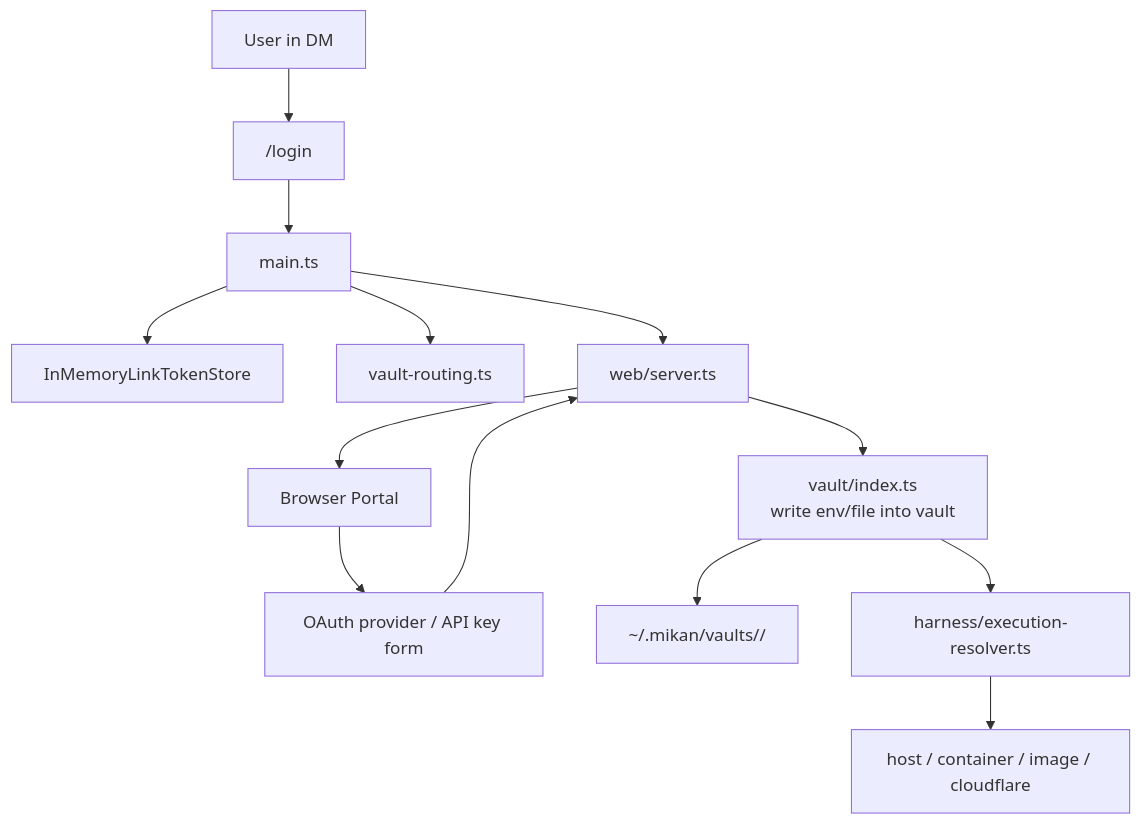
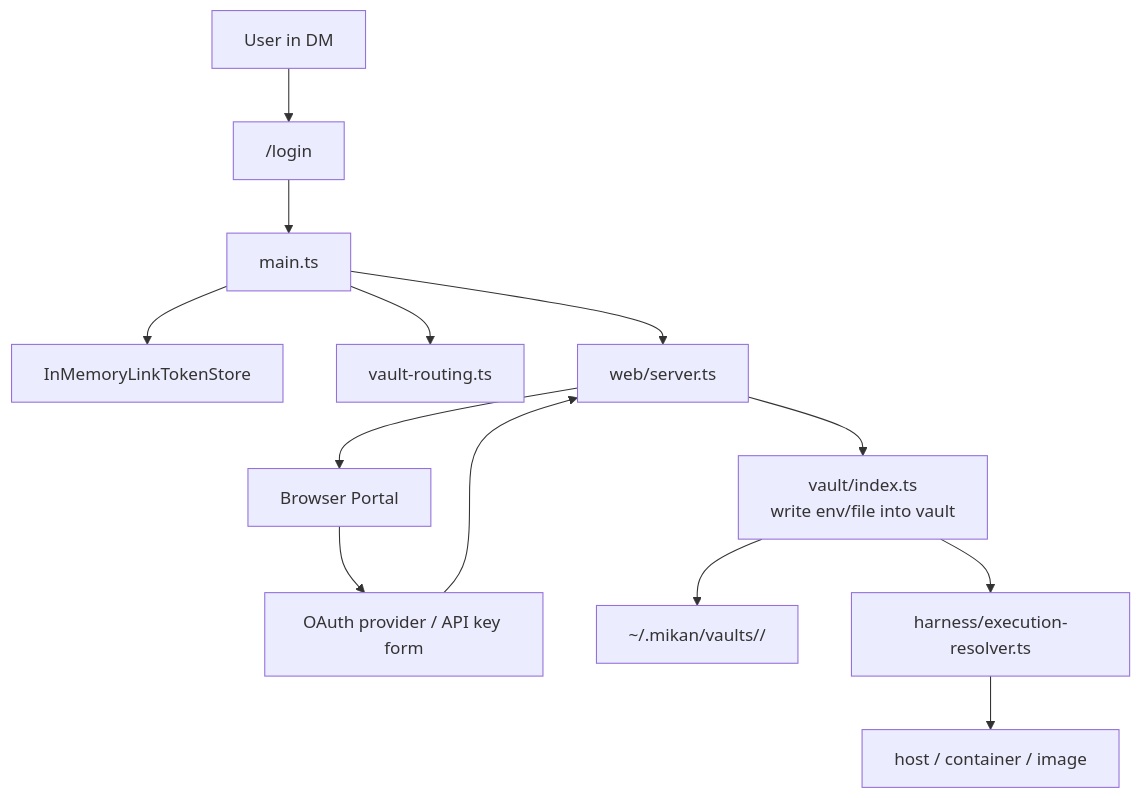
One commit to geminixiang/mikan changed the second of 2 diagrams in src/content/docs/architecture.md. Above: the diagram before and after it, drawn with Mermaid. The commit also changed other lines of this file and 69 other files, not shown here.

First line of the commit message:
feat(sandbox)!: remove the experimental Cloudflare sandbox

````diff
--- a/src/content/docs/architecture.md
+++ b/src/content/docs/architecture.md
@@ -212,15 +212,15 @@
 ```mermaid
 flowchart TD
   User["User in DM"] --> LoginCmd["/login"]
   LoginCmd --> Main["main.ts"]
   Main --> LinkToken["InMemoryLinkTokenStore"]
   Main --> VaultRouting["vault-routing.ts"]
   Main --> WebServer["web/server.ts"]
   WebServer --> Browser["Browser Portal"]
   Browser --> OAuth["OAuth provider / API key form"]
   OAuth --> WebServer
   WebServer --> VaultManager["vault/index.ts\nwrite env/file into vault"]
   VaultManager --> VaultDir["~/.mikan/vaults/<vaultId>/"]
   VaultManager --> Resolver["harness/execution-resolver.ts"]
-  Resolver --> Sandbox["host / container / image / cloudflare"]
+  Resolver --> Sandbox["host / container / image"]
 ```
````
